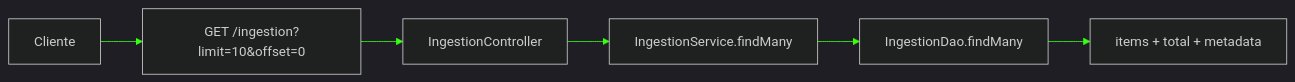
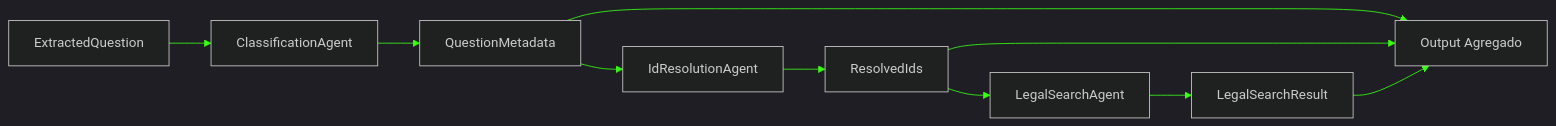
The diagram in PR 51 — Fase 2: Paginação Mínima da Consulta Operacional de Ingestions.md (matheusdiamantino-betalent/questions-ai), drawn with Mermaid before and after one commit. The commit also changed other lines of this file, not shown here.

````diff
--- a/PR 51 — Fase 2: Paginação Mínima da Consulta Operacional de Ingestions.md
+++ b/PR 51 — Fase 2: Paginação Mínima da Consulta Operacional de Ingestions.md
@@ -99,16 +103,20 @@
 ```mermaid
 %%{init: {'theme':'dark','themeVariables':{
   'primaryColor':'#0f172a',
   'primaryTextColor':'#e5e7eb',
   'primaryBorderColor':'#22d3ee',
   'lineColor':'#39ff14',
   'secondaryColor':'#111827',
   'tertiaryColor':'#0b1220'
 }}}%%
 flowchart LR
-    A[Cliente] --> B[GET /ingestion?limit=10&offset=0]
-    B --> C[IngestionController]
-    C --> D[IngestionService.findMany]
-    D --> E[IngestionDao.findMany]
-    E --> F[items + total + metadata]
+    A[ExtractedQuestion] --> B[ClassificationAgent]
+    B --> C[QuestionMetadata]
+    C --> D[IdResolutionAgent]
+    D --> E[ResolvedIds]
+    E --> F[LegalSearchAgent]
+    F --> G[LegalSearchResult]
+    C --> H[Output Agregado]
+    E --> H
+    G --> H
 ```
````
